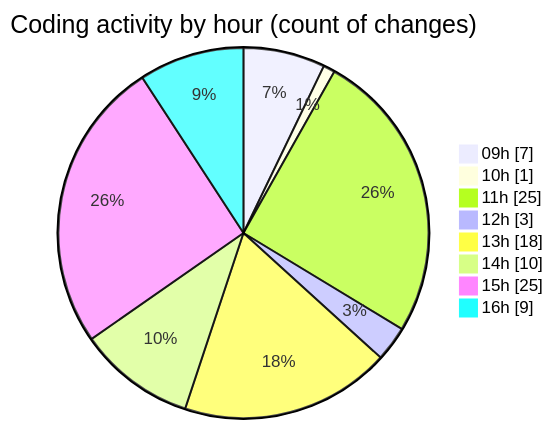
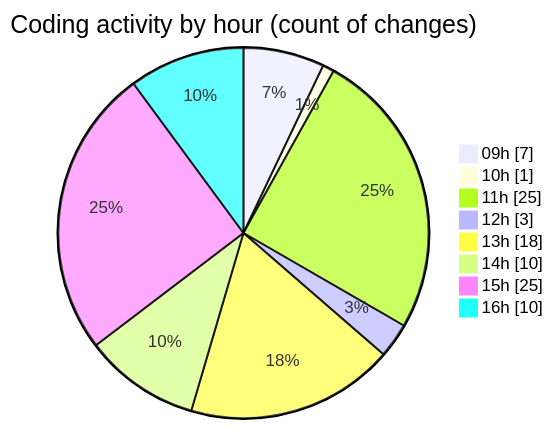
The second of 2 diagrams in 2025-07-30/cda/README.md (momahboobian/code-tracking), drawn with Mermaid before and after one commit. The commit also changed other lines of this file and 1 other file, not shown here.

````diff
--- a/2025-07-30/cda/README.md
+++ b/2025-07-30/cda/README.md
@@ -41,12 +42,12 @@
 ```mermaid
 pie showData
 title Coding activity by hour (count of changes)
 "09h" : 7
 "10h" : 1
 "11h" : 25
 "12h" : 3
 "13h" : 18
 "14h" : 10
 "15h" : 25
-"16h" : 9
+"16h" : 10
 ```
````
